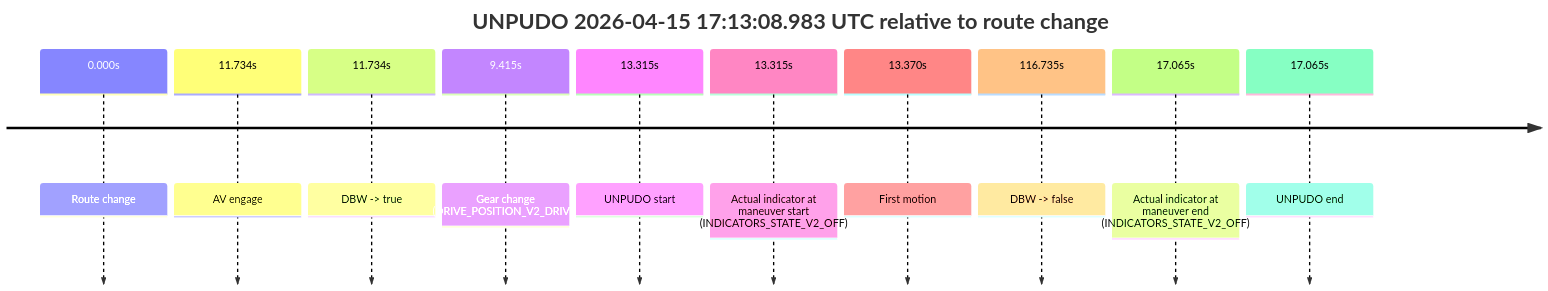
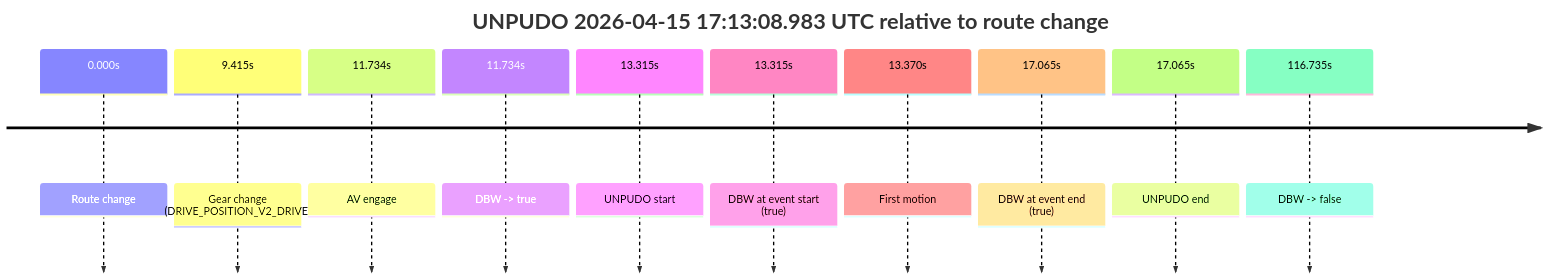
Before and after one commit to yoelshapiro/vault: the sixth of 7 diagrams in model_analysis/report_cards/2026/04/Week-3/fme10011--2026-04-15--15-39-22--gen2-av-1eff82a8-d97f-4d8e-be75-4f5d130fd5f1.md, drawn with Mermaid. The commit also changed other lines of this file and 32 other files, not shown here.

````diff
--- a/model_analysis/report_cards/2026/04/Week-3/fme10011--2026-04-15--15-39-22--gen2-av-1eff82a8-d97f-4d8e-be75-4f5d130fd5f1.md
+++ b/model_analysis/report_cards/2026/04/Week-3/fme10011--2026-04-15--15-39-22--gen2-av-1eff82a8-d97f-4d8e-be75-4f5d130fd5f1.md
@@ -1303,14 +492,14 @@
 ```mermaid
 timeline
     title UNPUDO 2026-04-15 17:13:08.983 UTC relative to route change
     0.000s : Route change
+    9.415s : Gear change (DRIVE_POSITION_V2_DRIVE)
     11.734s : AV engage
     11.734s : DBW -> true
-    9.415s : Gear change (DRIVE_POSITION_V2_DRIVE)
     13.315s : UNPUDO start
-    13.315s : Actual indicator at maneuver start (INDICATORS_STATE_V2_OFF)
+    13.315s : DBW at event start (true)
     13.370s : First motion
+    17.065s : DBW at event end (true)
+    17.065s : UNPUDO end
     116.735s : DBW -> false
-    17.065s : Actual indicator at maneuver end (INDICATORS_STATE_V2_OFF)
-    17.065s : UNPUDO end
 ```
````
